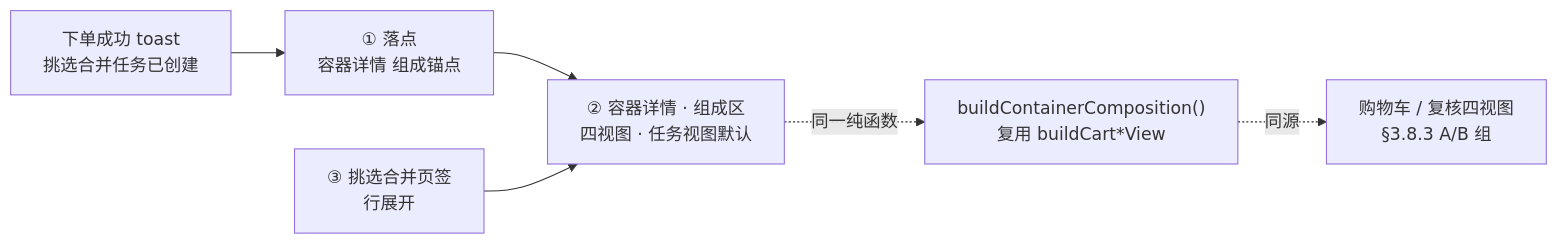
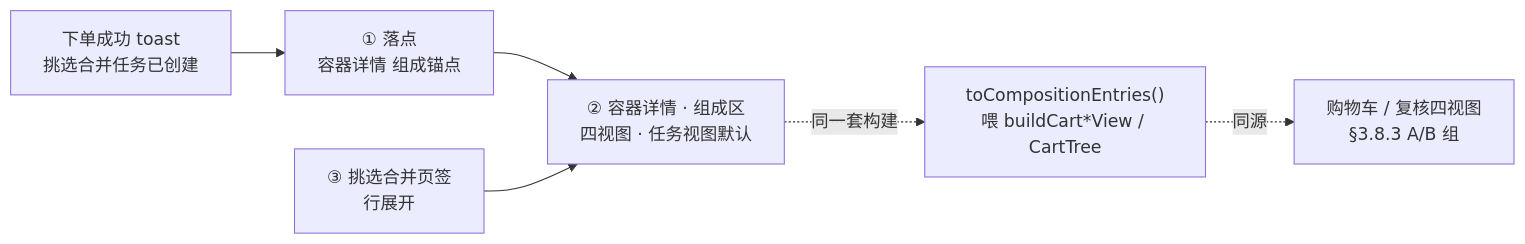
One commit to ydz-auto/intelligent_audio_test changed the seventh of 7 diagrams in Intelligent-Audio-TEST/doc/UX设计规范/18_挑选合并功能交互重设计.md. Above: the diagram before and after it, drawn with Mermaid. The commit also changed other lines of this file and 1 other file, not shown here.

````diff
--- a/Intelligent-Audio-TEST/doc/UX设计规范/18_挑选合并功能交互重设计.md
+++ b/Intelligent-Audio-TEST/doc/UX设计规范/18_挑选合并功能交互重设计.md
@@ -695,8 +705,8 @@
 ```mermaid
 flowchart LR
     W["下单成功 toast<br/>挑选合并任务已创建"] --> A["① 落点<br/>容器详情 组成锚点"]
     A --> B["② 容器详情 · 组成区<br/>四视图 · 任务视图默认"]
     C["③ 挑选合并页签<br/>行展开"] --> B
-    B -. 同一纯函数 .-> D["buildContainerComposition()<br/>复用 buildCart*View"]
+    B -. 同一套构建 .-> D["toCompositionEntries()<br/>喂 buildCart*View / CartTree"]
     D -. 同源 .-> E["购物车 / 复核四视图<br/>§3.8.3 A/B 组"]
 ```
````
